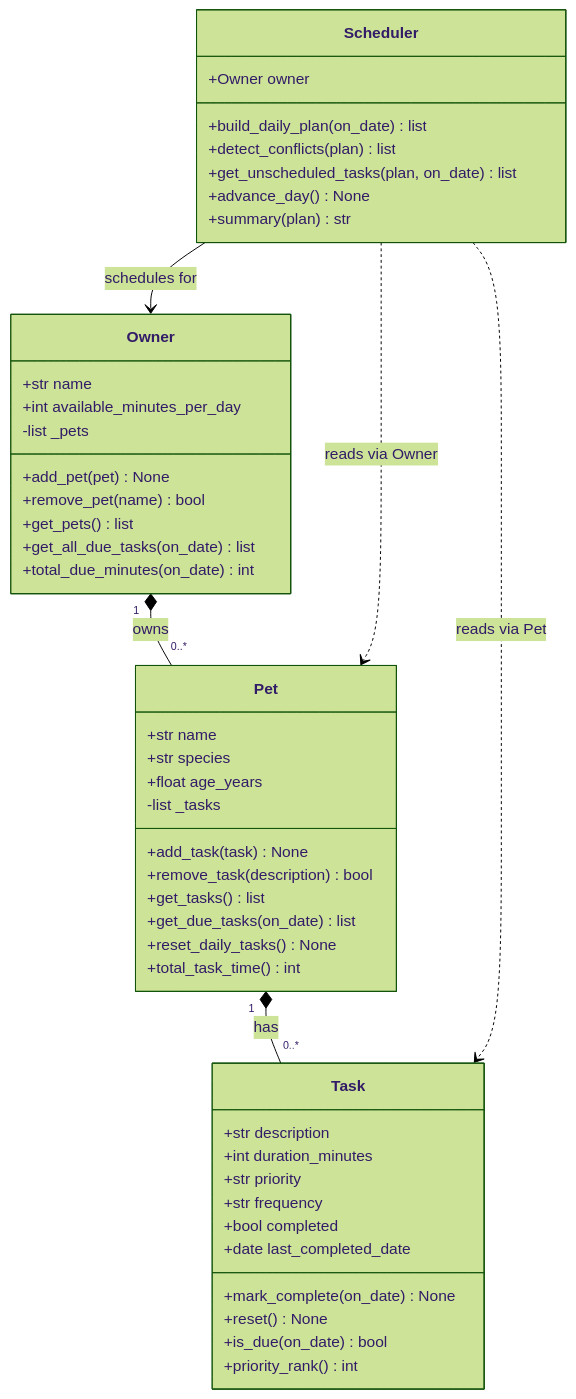
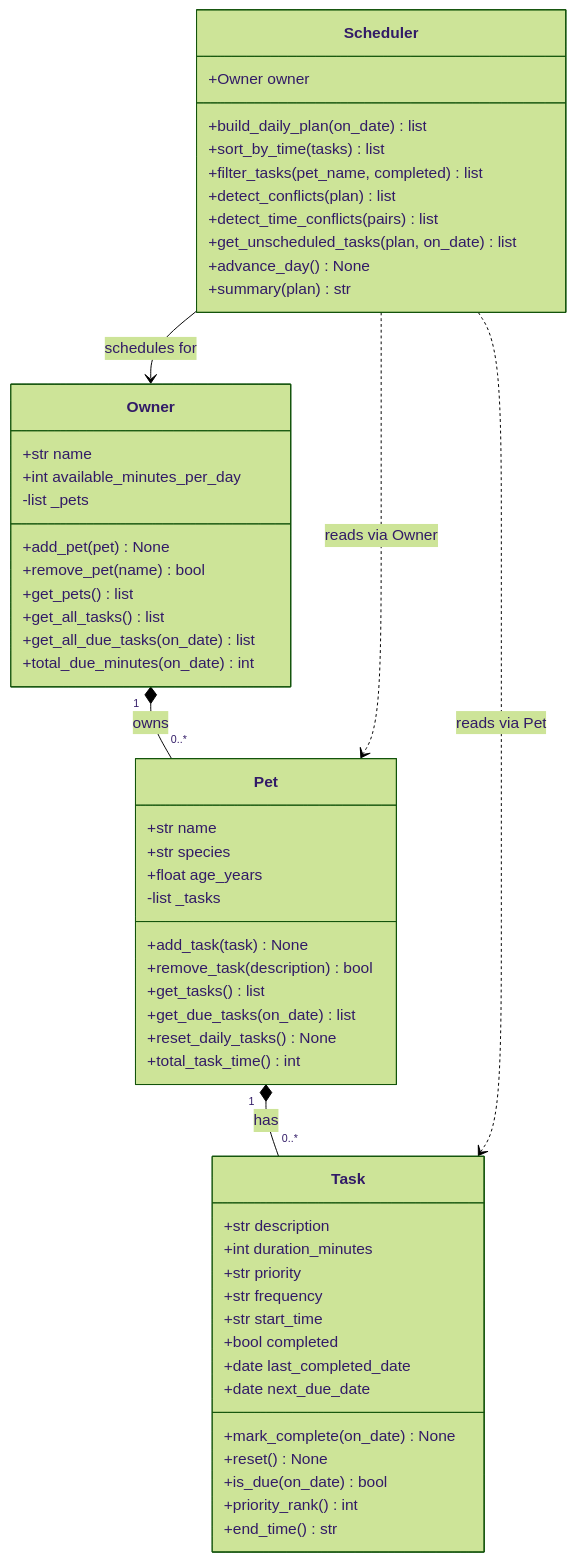
One commit to AshokGaire3/Pawpal changed the diagram in uml_diagram.md. Above: the diagram before and after it, drawn with Mermaid (forest theme). The commit also changed other lines of this file, not shown here.

Commit message:
docs: update UML diagram

````diff
--- a/uml_diagram.md
+++ b/uml_diagram.md
@@ -3,55 +3,62 @@
 ```mermaid
 classDiagram
 
     class Task {
         +str description
         +int duration_minutes
         +str priority
         +str frequency
+        +str start_time
         +bool completed
         +date last_completed_date
+        +date next_due_date
         +mark_complete(on_date) None
         +reset() None
         +is_due(on_date) bool
         +priority_rank() int
+        +end_time() str
     }
 
     class Pet {
         +str name
         +str species
         +float age_years
         -list _tasks
         +add_task(task) None
         +remove_task(description) bool
         +get_tasks() list
         +get_due_tasks(on_date) list
         +reset_daily_tasks() None
         +total_task_time() int
     }
 
     class Owner {
         +str name
         +int available_minutes_per_day
         -list _pets
         +add_pet(pet) None
         +remove_pet(name) bool
         +get_pets() list
+        +get_all_tasks() list
         +get_all_due_tasks(on_date) list
         +total_due_minutes(on_date) int
     }
 
     class Scheduler {
         +Owner owner
         +build_daily_plan(on_date) list
+        +sort_by_time(tasks) list
+        +filter_tasks(pet_name, completed) list
         +detect_conflicts(plan) list
+        +detect_time_conflicts(pairs) list
         +get_unscheduled_tasks(plan, on_date) list
         +advance_day() None
         +summary(plan) str
     }
 
     Owner "1" *-- "0..*" Pet   : owns
     Pet   "1" *-- "0..*" Task  : has
     Scheduler --> Owner        : schedules for
     Scheduler ..> Pet          : reads via Owner
     Scheduler ..> Task         : reads via Pet
 ```
````
